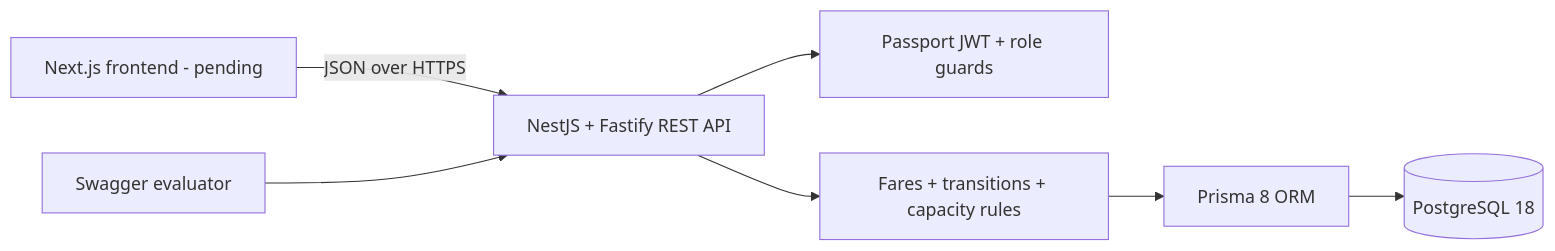
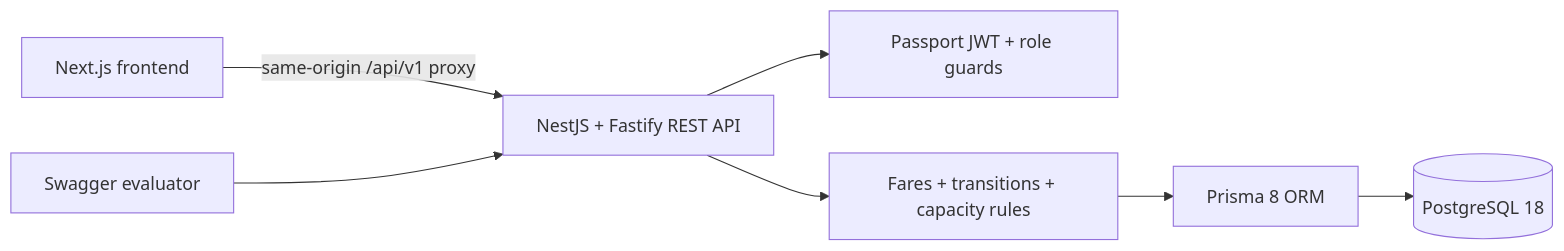
Before and after one commit to AtifChy/dhaka-tesla: the first of 2 diagrams in README.md, drawn with Mermaid. The commit also changed other lines of this file and 54 other files, not shown here.

````diff
--- a/README.md
+++ b/README.md
@@ -13,9 +13,9 @@
 ```mermaid
 flowchart LR
-  Browser[Next.js frontend - pending] -->|JSON over HTTPS| API[NestJS + Fastify REST API]
+  Browser[Next.js frontend] -->|same-origin /api/v1 proxy| API[NestJS + Fastify REST API]
   Swagger[Swagger evaluator] --> API
   API --> Auth[Passport JWT + role guards]
   API --> Domain[Fares + transitions + capacity rules]
   Domain --> ORM[Prisma 8 ORM]
   ORM --> DB[(PostgreSQL 18)]
 ```
````
